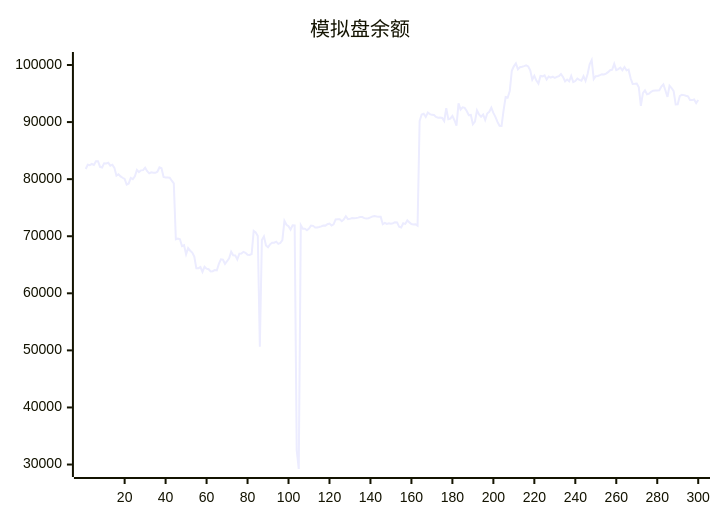
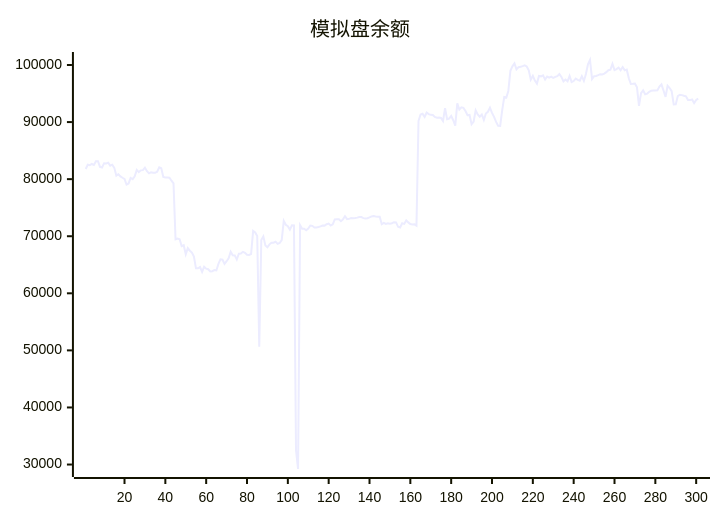
The diagram in README.md (aahl/ai-trading), drawn with Mermaid before and after one commit. The commit also changed other lines of this file and 1 other file, not shown here.

````diff
--- a/README.md
+++ b/README.md
@@ -5,5 +5,5 @@
 ```mermaid
 xychart
     title "模拟盘余额"
-    line [81776,82522,82441,82656,82499,83144,83145,82150,82038,82797,82763,82872,82367,82536,81981,80612,80862,80484,80242,80034,79063,79245,80227,80016,80507,81625,81233,81544,81578,82016,81401,81019,81186,81130,81118,81306,82066,81909,80392,80304,80291,80258,79729,79261,69466,69579,69456,68251,68415,66832,67911,67462,67144,66432,64380,64375,64606,63741,64647,64324,64216,63842,63877,64079,64008,65156,65945,65888,65157,65625,66144,67284,66653,66639,65924,66925,66956,67263,67108,66766,66729,66886,70927,70673,70049,50652,69334,69973,68400,68061,68578,68877,68879,69055,68662,68822,69329,72687,71999,71760,71163,71911,71896,32500,29218,71927,71297,71305,71044,71337,71883,71822,71536,71536,71622,71723,71880,71860,72100,72216,71887,72077,72940,72976,72966,72638,72948,73497,73004,73041,73173,73160,73187,73258,73375,73351,73173,73098,73161,73305,73474,73536,73457,73413,73412,72100,72333,72164,72272,72204,72285,72461,72421,71652,71521,72267,72157,72774,72425,72144,72060,72091,71858,90185,91338,91466,90900,91678,91404,91268,91244,90903,90779,90787,90721,90187,92429,90518,90619,91070,90328,89376,93286,92202,92581,92485,91947,91196,91259,89619,90086,92063,91355,90950,91327,90373,91498,91800,92531,91603,90910,90031,89351,89334,92097,94406,94315,95455,98972,99763,100286,99229,99622,99701,99805,99938,99738,99082,97430,98094,97267,96741,98081,98013,98194,97447,97983,97789,97969,97729,97911,98043,98405,97912,97120,97448,97154,98095,97021,97191,97616,97402,97263,98035,97210,98424,100121,100876,97552,98049,98085,98228,98388,98342,98488,98750,99086,99181,100188,99107,99272,99553,99072,99636,99061,99186,97674,96679,96704,96743,96096,92830,95088,95560,94866,94995,95295,95497,95531,95527,95559,96236,96597,95538,94422,96363,95972,95418,93095,93128,94558,94795,94727,94611,94508,93857,93852,93955,93340,93862]
+    line [81776,82522,82441,82656,82499,83144,83145,82150,82038,82797,82763,82872,82367,82536,81981,80612,80862,80484,80242,80034,79063,79245,80227,80016,80507,81625,81233,81544,81578,82016,81401,81019,81186,81130,81118,81306,82066,81909,80392,80304,80291,80258,79729,79261,69466,69579,69456,68251,68415,66832,67911,67462,67144,66432,64380,64375,64606,63741,64647,64324,64216,63842,63877,64079,64008,65156,65945,65888,65157,65625,66144,67284,66653,66639,65924,66925,66956,67263,67108,66766,66729,66886,70927,70673,70049,50652,69334,69973,68400,68061,68578,68877,68879,69055,68662,68822,69329,72687,71999,71760,71163,71911,71896,32500,29218,71927,71297,71305,71044,71337,71883,71822,71536,71536,71622,71723,71880,71860,72100,72216,71887,72077,72940,72976,72966,72638,72948,73497,73004,73041,73173,73160,73187,73258,73375,73351,73173,73098,73161,73305,73474,73536,73457,73413,73412,72100,72333,72164,72272,72204,72285,72461,72421,71652,71521,72267,72157,72774,72425,72144,72060,72091,71858,90185,91338,91466,90900,91678,91404,91268,91244,90903,90779,90787,90721,90187,92429,90518,90619,91070,90328,89376,93286,92202,92581,92485,91947,91196,91259,89619,90086,92063,91355,90950,91327,90373,91498,91800,92531,91603,90910,90031,89351,89334,92097,94406,94315,95455,98972,99763,100286,99229,99622,99701,99805,99938,99738,99082,97430,98094,97267,96741,98081,98013,98194,97447,97983,97789,97969,97729,97911,98043,98405,97912,97120,97448,97154,98095,97021,97191,97616,97402,97263,98035,97210,98424,100121,100876,97552,98049,98085,98228,98388,98342,98488,98750,99086,99181,100188,99107,99272,99553,99072,99636,99061,99186,97674,96679,96704,96743,96096,92830,95088,95560,94866,94995,95295,95497,95531,95527,95559,96236,96597,95538,94422,96363,95972,95418,93095,93128,94558,94795,94727,94611,94508,93857,93852,93955,93340,93862,94112]
 ```
````
